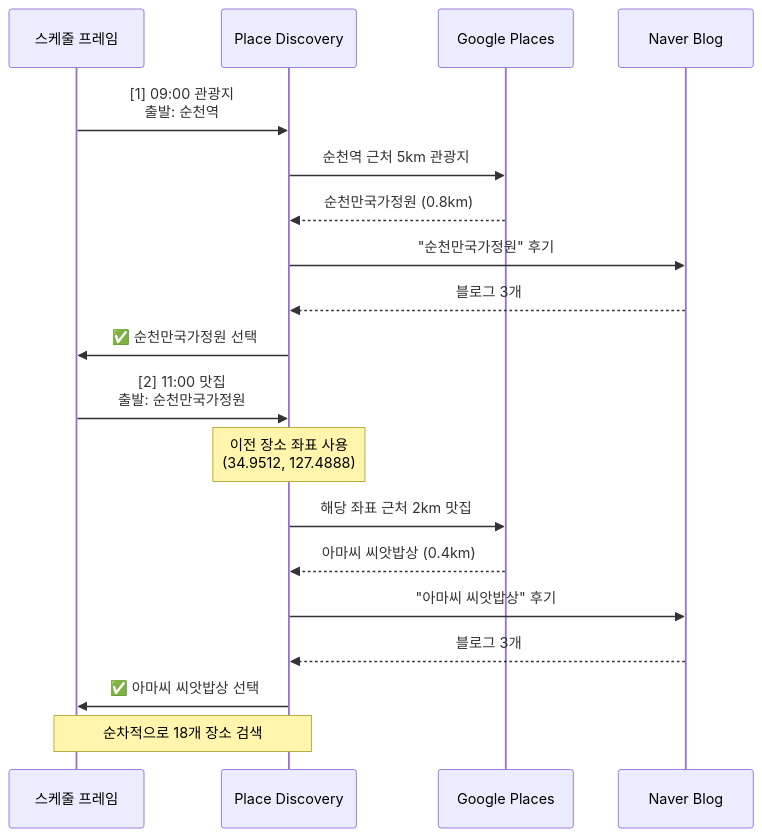
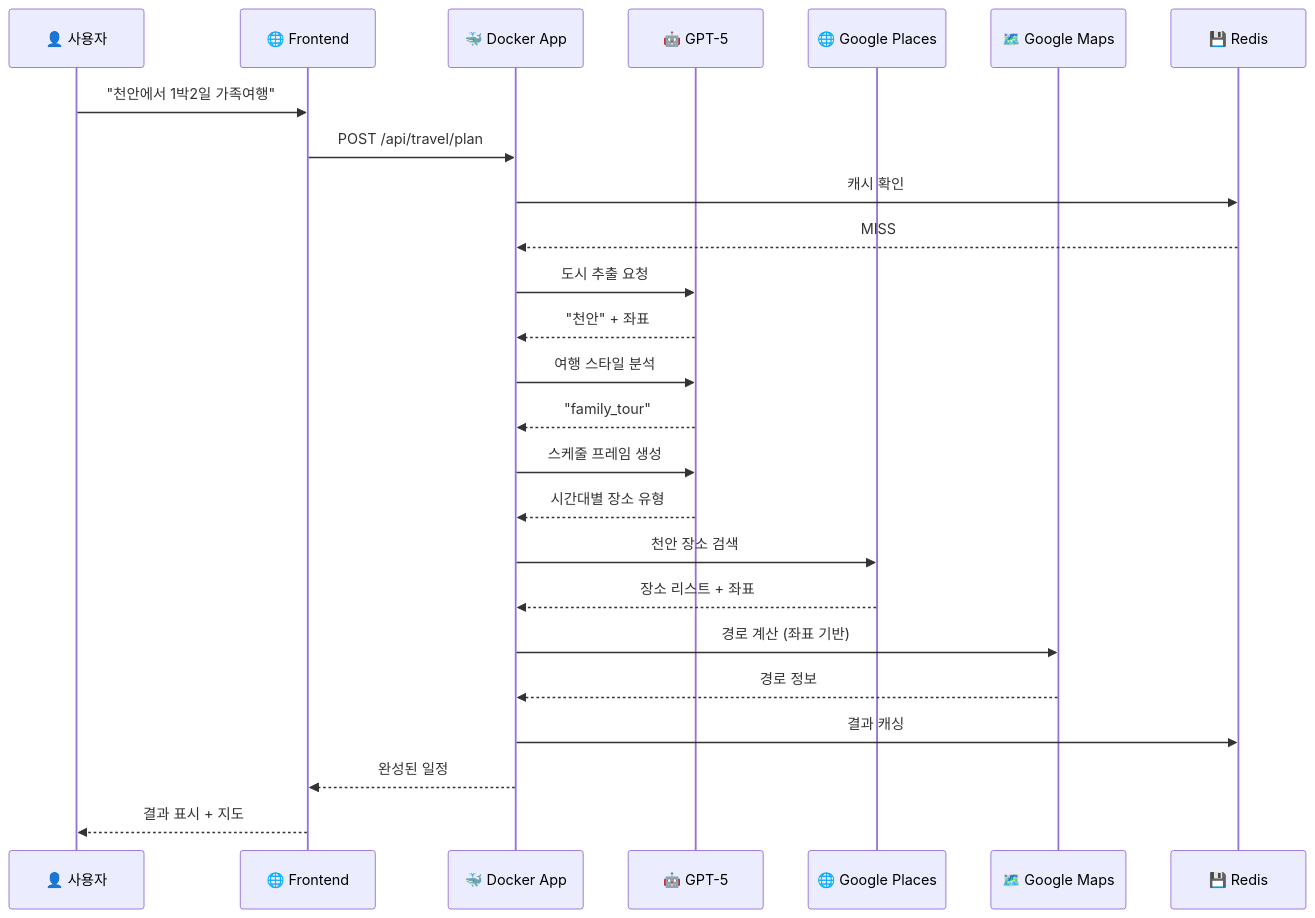
Before and after one commit to BaekKyunShin/travel-recommend-korea: the second of 2 diagrams in README.MD, drawn with Mermaid. The commit also changed other lines of this file, not shown here.

````diff
--- a/README.MD
+++ b/README.MD
@@ -173,24 +409,35 @@
 ```mermaid
 sequenceDiagram
-    participant Frame as 스케줄 프레임
-    participant Discovery as Place Discovery
-    participant Google as Google Places
-    participant Naver as Naver Blog
+    participant U as 👤 사용자
+    participant F as 🌐 Frontend
+    participant A as 🐳 Docker App
+    participant G as 🤖 GPT-5
+    participant P as 🌐 Google Places
+    participant M as 🗺️ Google Maps
+    participant R as 💾 Redis
     
-    Frame->>Discovery: [1] 09:00 관광지<br/>출발: 순천역
-    Discovery->>Google: 순천역 근처 5km 관광지
-    Google-->>Discovery: 순천만국가정원 (0.8km)
-    Discovery->>Naver: "순천만국가정원" 후기
-    Naver-->>Discovery: 블로그 3개
-    Discovery->>Frame: ✅ 순천만국가정원 선택
+    U->>F: "천안에서 1박2일 가족여행"
+    F->>A: POST /api/travel/plan
     
-    Frame->>Discovery: [2] 11:00 맛집<br/>출발: 순천만국가정원
-    Note over Discovery: 이전 장소 좌표 사용<br/>(34.9512, 127.4888)
-    Discovery->>Google: 해당 좌표 근처 2km 맛집
-    Google-->>Discovery: 아마씨 씨앗밥상 (0.4km)
-    Discovery->>Naver: "아마씨 씨앗밥상" 후기
-    Naver-->>Discovery: 블로그 3개
-    Discovery->>Frame: ✅ 아마씨 씨앗밥상 선택
+    A->>R: 캐시 확인
+    R-->>A: MISS
     
-    Note over Frame,Discovery: 순차적으로 18개 장소 검색
+    A->>G: 도시 추출 요청
+    G-->>A: "천안" + 좌표
+    
+    A->>G: 여행 스타일 분석
+    G-->>A: "family_tour"
+    
+    A->>G: 스케줄 프레임 생성
+    G-->>A: 시간대별 장소 유형
+    
+    A->>P: 천안 장소 검색
+    P-->>A: 장소 리스트 + 좌표
+    
+    A->>M: 경로 계산 (좌표 기반)
+    M-->>A: 경로 정보
+    
+    A->>R: 결과 캐싱
+    A-->>F: 완성된 일정
+    F-->>U: 결과 표시 + 지도
 ```
````
